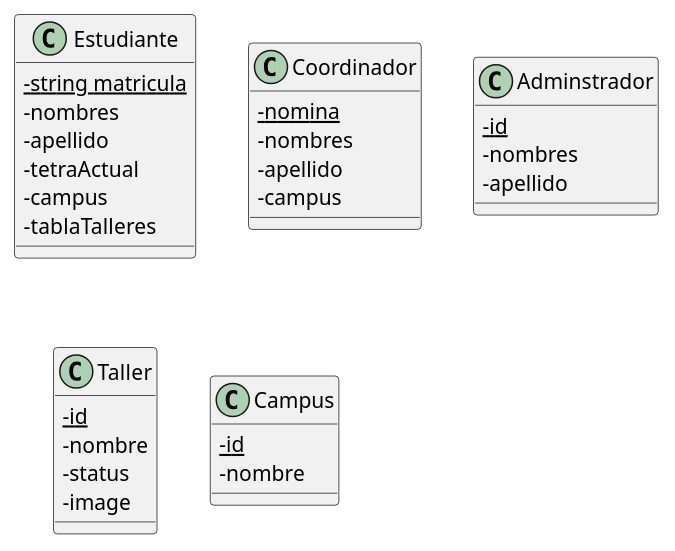
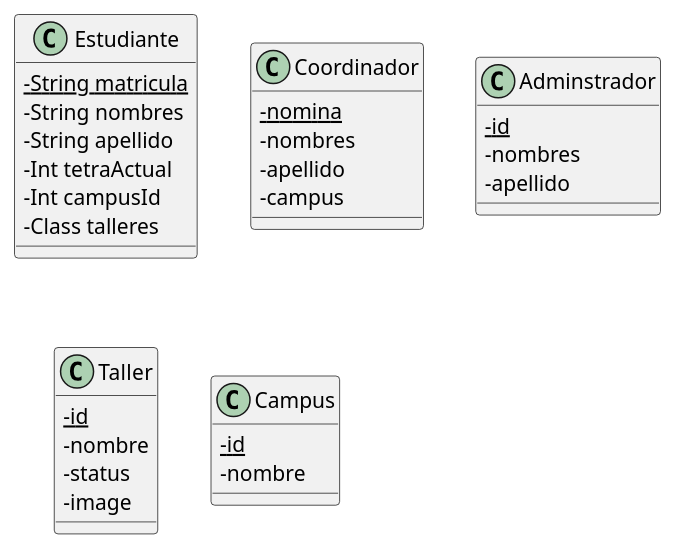
The diagram in Reto/Base de datos.md (facund015/codeRelatedObsidianNotes), drawn with PlantUML before and after one commit.

Commit message:
vault backup: 2021-10-12 12:13:03

````diff
--- a/Reto/Base de datos.md
+++ b/Reto/Base de datos.md
@@ -2,39 +2,39 @@
 ```plantuml
 @startuml
 skinparam classAttributeIconSize 0
 class Estudiante {
-	{static} - string matricula
-	-nombres
-	-apellido
-	-tetraActual
-	-campus
-	-tablaTalleres
+	{static} - String matricula
+	-String nombres
+	-String apellido
+	-Int tetraActual
+	-Int campusId
+	-Class talleres
 }
 
 class Coordinador {
 	{static} -nomina
 	-nombres
 	-apellido
 	-campus
 }
 
 class Adminstrador {
 	{static} -id
 	-nombres
 	-apellido
 }
 
 class Taller {
     {static} - id 
     - nombre
     - status
     - image
 }
 
 class Campus {
 	{static} -id
 	-nombre
 }
 
 @enduml
 ```
````
